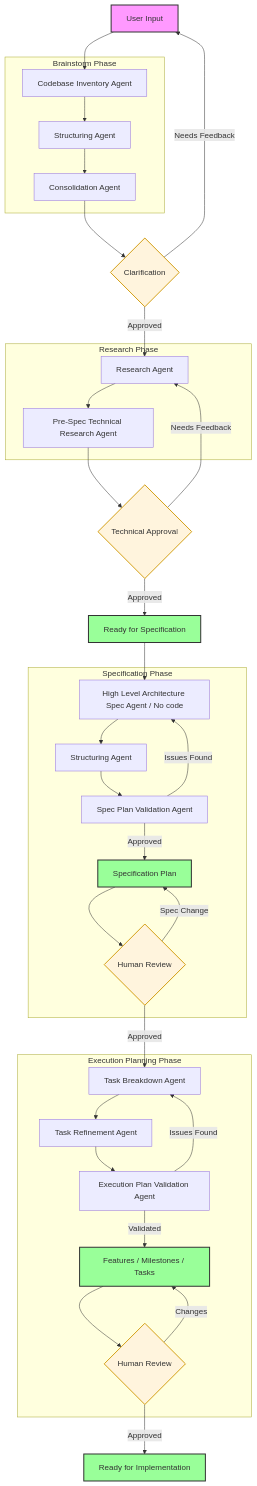
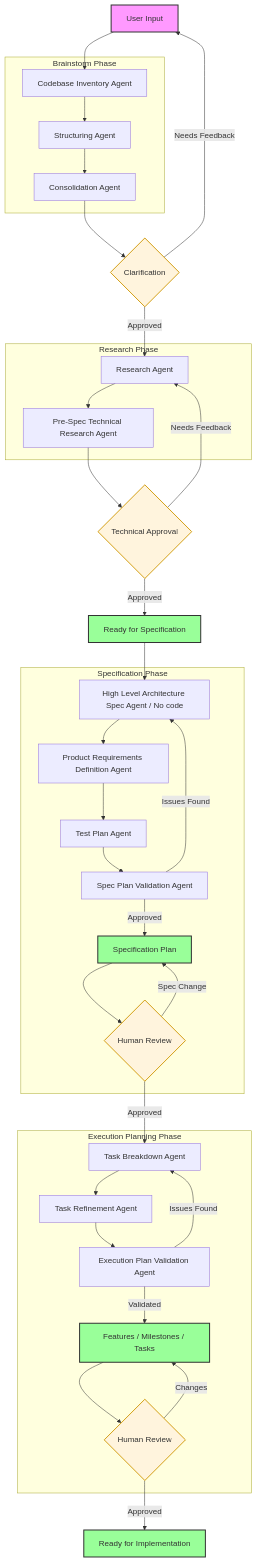
One commit to rtfa1/HAAD changed the diagram in docs/flow.md. Above: the diagram before and after it, drawn with Mermaid. The commit also changed 12 other files, not shown here.

````diff
--- a/docs/flow.md
+++ b/docs/flow.md
@@ -3,65 +3,67 @@
 ```mermaid
 graph TD
     UI[User Input] --> CIA[Codebase Inventory Agent]
     CIA --> ISA[Structuring Agent]
     ISA --> ICA[Consolidation Agent]
     ICA --> HC{Clarification}
     HC -- Needs Feedback --> UI
     HC -- Approved --> RA[Research Agent]
     RA --> PSTRA[Pre-Spec Technical Research Agent]
     PSTRA --> HC2{Technical Approval}
     HC2 -- Needs Feedback --> RA
     HC2 -- Approved --> HLAS[Ready for Specification]
     HLAS --> HLASA[High Level Architecture Spec Agent / No code]
-    HLASA --> HLASA2[Structuring Agent]
-    HLASA2 --> SPVA[Spec Plan Validation Agent]
+    HLASA --> PRD[Product Requirements Definition Agent]
+    PRD --> TPA[Test Plan Agent]
+    TPA --> SPVA[Spec Plan Validation Agent]
     SPVA -- Issues Found --> HLASA
     SPVA -- Approved --> SP[Specification Plan]
     SP --> HR{Human Review}
     HR -- Spec Change --> SP
     HR -- Approved --> TBA[Task Breakdown Agent]
     TBA --> TRA[Task Refinement Agent]
     TRA --> EPVA[Execution Plan Validation Agent]
     EPVA -- Issues Found --> TBA
     EPVA -- Validated --> FMT[Features / Milestones / Tasks]
     FMT --> HR2{Human Review}
     HR2 -- Changes --> FMT
     HR2 -- Approved --> RI[Ready for Implementation]
 
     subgraph Brainstorm Phase
         CIA
         ISA
         ICA
     end
 
     subgraph Research Phase
         RA
         PSTRA
     end
 
     subgraph Specification Phase
         HLASA
-        HLASA2
+        PRD
+        TPA
         SPVA
         SP
         HR
     end
 
     subgraph Execution Planning Phase
         TBA
         TRA
         EPVA
         FMT
         HR2
     end
 
     style UI fill:#f9f,stroke:#333,stroke-width:2px
     style HC fill:#fff4dd,stroke:#d4a017,stroke-width:2px
     style HC2 fill:#fff4dd,stroke:#d4a017,stroke-width:2px
     style HR fill:#fff4dd,stroke:#d4a017,stroke-width:2px
     style HR2 fill:#fff4dd,stroke:#d4a017,stroke-width:2px
     style HLAS fill:#9f9,stroke:#333,stroke-width:2px
     style SP fill:#9f9,stroke:#333,stroke-width:2px
     style FMT fill:#9f9,stroke:#333,stroke-width:2px
     style RI fill:#9f9,stroke:#333,stroke-width:2px
 ```
````
